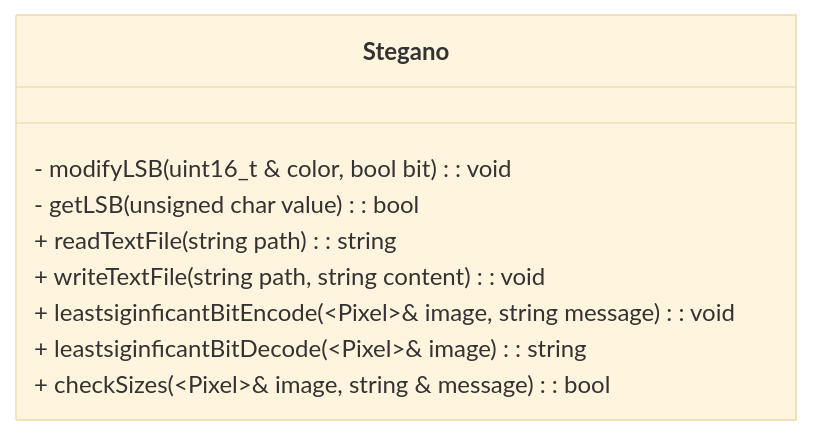
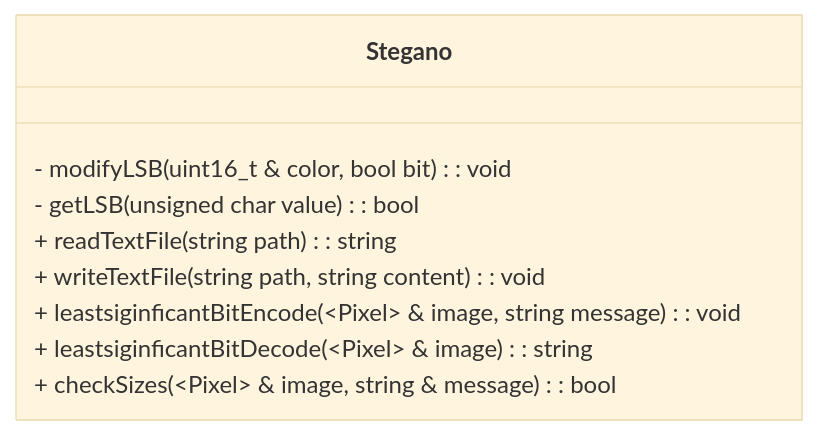
The second of 2 diagrams in README.md (DPRCode/ImaEasyCrypt), drawn with Mermaid (base theme) before and after one commit. The commit also changed other lines of this file, not shown here.

Commit message:
Update Readme 5

````diff
--- a/README.md
+++ b/README.md
@@ -203,13 +203,13 @@
 ```mermaid
 classDiagram
 graph TB
 	class Stegano{
 		- modifyLSB(uint16_t & color, bool bit): void
 		- getLSB(unsigned char value): bool
 		+ readTextFile(string path): string 
 		+ writeTextFile(string path, string content): void
-		+ leastsiginficantBitEncode(~Pixel~& image, string message): void
-		+ leastsiginficantBitDecode(~Pixel~& image): string
-		+ checkSizes(~Pixel~& image, string & message): bool
+		+ leastsiginficantBitEncode(~Pixel~ & image, string message): void
+		+ leastsiginficantBitDecode(~Pixel~ & image): string
+		+ checkSizes(~Pixel~ & image, string & message): bool
 	}
 ```
````
